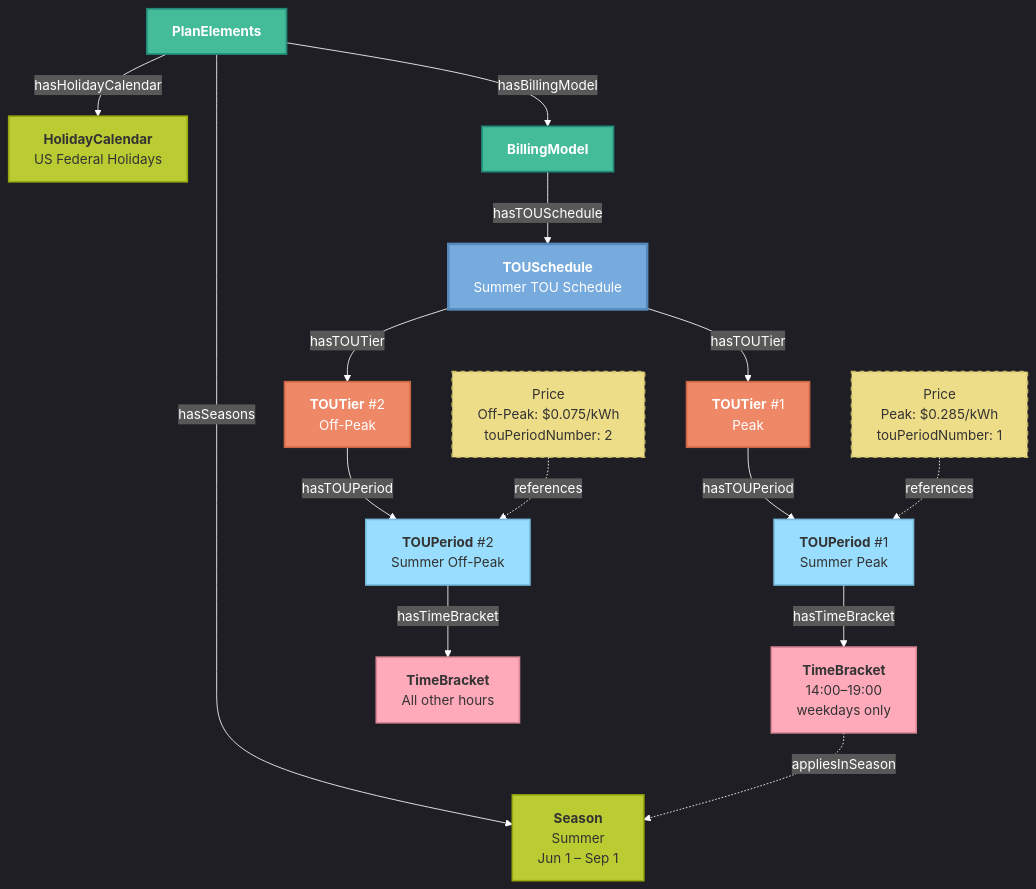
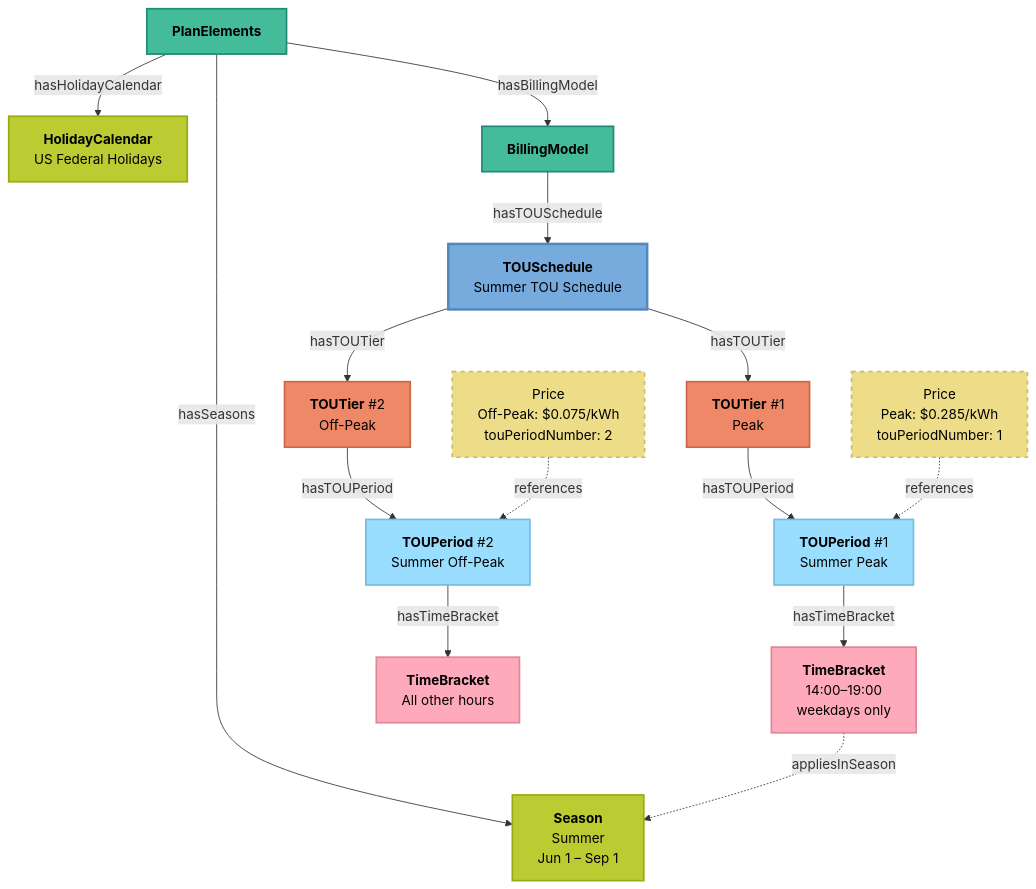
The fourth of 5 diagrams in documentation/pages/urpx-tutorial.md (urpx-org/urpx), drawn with Mermaid before and after one commit. The commit also changed other lines of this file and 65 other files, not shown here.

````diff
--- a/documentation/pages/urpx-tutorial.md
+++ b/documentation/pages/urpx-tutorial.md
@@ -578,52 +575,51 @@
 ```mermaid
-%%{init: {'theme':'dark', 'themeVariables': { 'darkMode':'true', 'background':'#000000', 'primaryColor':'#77AADD', 'primaryTextColor':'#ffffff', 'primaryBorderColor':'#5588BB', 'lineColor':'#ffffff', 'secondaryColor':'#44BB99', 'tertiaryColor':'#EE8866', 'textColor':'#ffffff', 'nodeTextColor':'#ffffff'}}}%%
 
 graph TB
     PE["<b>PlanElements</b>"]
     Season["<b>Season</b><br/>Summer<br/>Jun 1 – Sep 1"]
     HC["<b>HolidayCalendar</b><br/>US Federal Holidays"]
     BM["<b>BillingModel</b>"]
 
     Schedule["<b>TOUSchedule</b><br/>Summer TOU Schedule"]
     T1["<b>TOUTier</b> #1<br/>Peak"]
     T2["<b>TOUTier</b> #2<br/>Off-Peak"]
     P1["<b>TOUPeriod</b> #1<br/>Summer Peak"]
     P2["<b>TOUPeriod</b> #2<br/>Summer Off-Peak"]
     TB1["<b>TimeBracket</b><br/>14:00–19:00<br/>weekdays only"]
     TB2["<b>TimeBracket</b><br/>All other hours"]
 
     Price1["Price<br/>Peak: $0.285/kWh<br/>touPeriodNumber: 1"]
     Price2["Price<br/>Off-Peak: $0.075/kWh<br/>touPeriodNumber: 2"]
 
     PE -->|hasSeasons| Season
     PE -->|hasHolidayCalendar| HC
     PE -->|hasBillingModel| BM
     BM -->|hasTOUSchedule| Schedule
     Schedule -->|hasTOUTier| T1
     Schedule -->|hasTOUTier| T2
     T1 -->|hasTOUPeriod| P1
     T2 -->|hasTOUPeriod| P2
     P1 -->|hasTimeBracket| TB1
     P2 -->|hasTimeBracket| TB2
 
     TB1 -.->|appliesInSeason| Season
     Price1 -.->|"references"| P1
     Price2 -.->|"references"| P2
 
-    classDef elemClass fill:#44BB99,stroke:#228877,stroke-width:2px,color:#fff
-    classDef schedClass fill:#77AADD,stroke:#5588BB,stroke-width:3px,color:#fff
-    classDef tierClass fill:#EE8866,stroke:#CC6644,stroke-width:2px,color:#fff
-    classDef periodClass fill:#99DDFF,stroke:#77BBDD,stroke-width:2px,color:#333
-    classDef bracketClass fill:#FFAABB,stroke:#DD8899,stroke-width:2px,color:#333
-    classDef seasonClass fill:#BBCC33,stroke:#99AA11,stroke-width:2px,color:#333
-    classDef priceClass fill:#EEDD88,stroke:#CCBB66,stroke-width:2px,color:#333,stroke-dasharray: 5 5
+    classDef elemClass fill:#44BB99,stroke:#228877,stroke-width:2px,color:#000
+    classDef schedClass fill:#77AADD,stroke:#5588BB,stroke-width:3px,color:#000
+    classDef tierClass fill:#EE8866,stroke:#CC6644,stroke-width:2px,color:#000
+    classDef periodClass fill:#99DDFF,stroke:#77BBDD,stroke-width:2px,color:#000
+    classDef bracketClass fill:#FFAABB,stroke:#DD8899,stroke-width:2px,color:#000
+    classDef seasonClass fill:#BBCC33,stroke:#99AA11,stroke-width:2px,color:#000
+    classDef priceClass fill:#EEDD88,stroke:#CCBB66,stroke-width:2px,color:#000,stroke-dasharray: 5 5
 
     class PE elemClass
     class BM elemClass
     class Season,HC seasonClass
     class Schedule schedClass
     class T1,T2 tierClass
     class P1,P2 periodClass
     class TB1,TB2 bracketClass
     class Price1,Price2 priceClass
 ```
````
